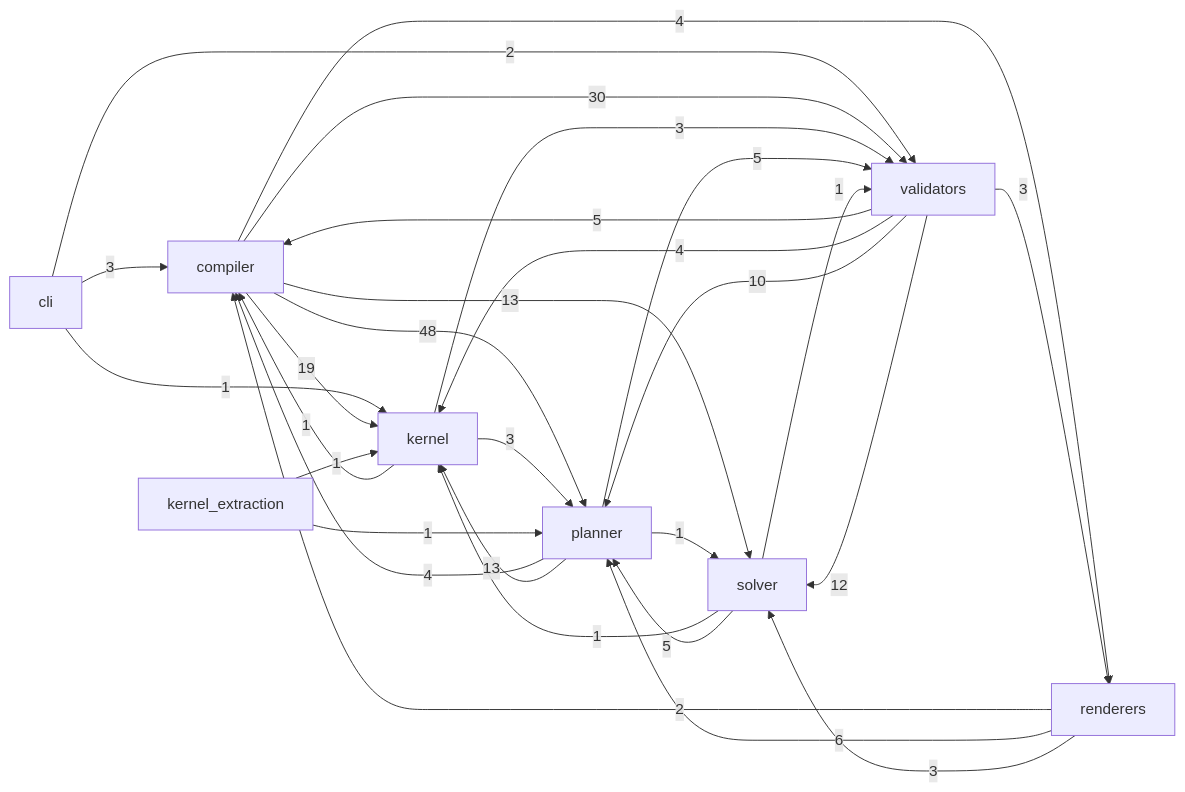
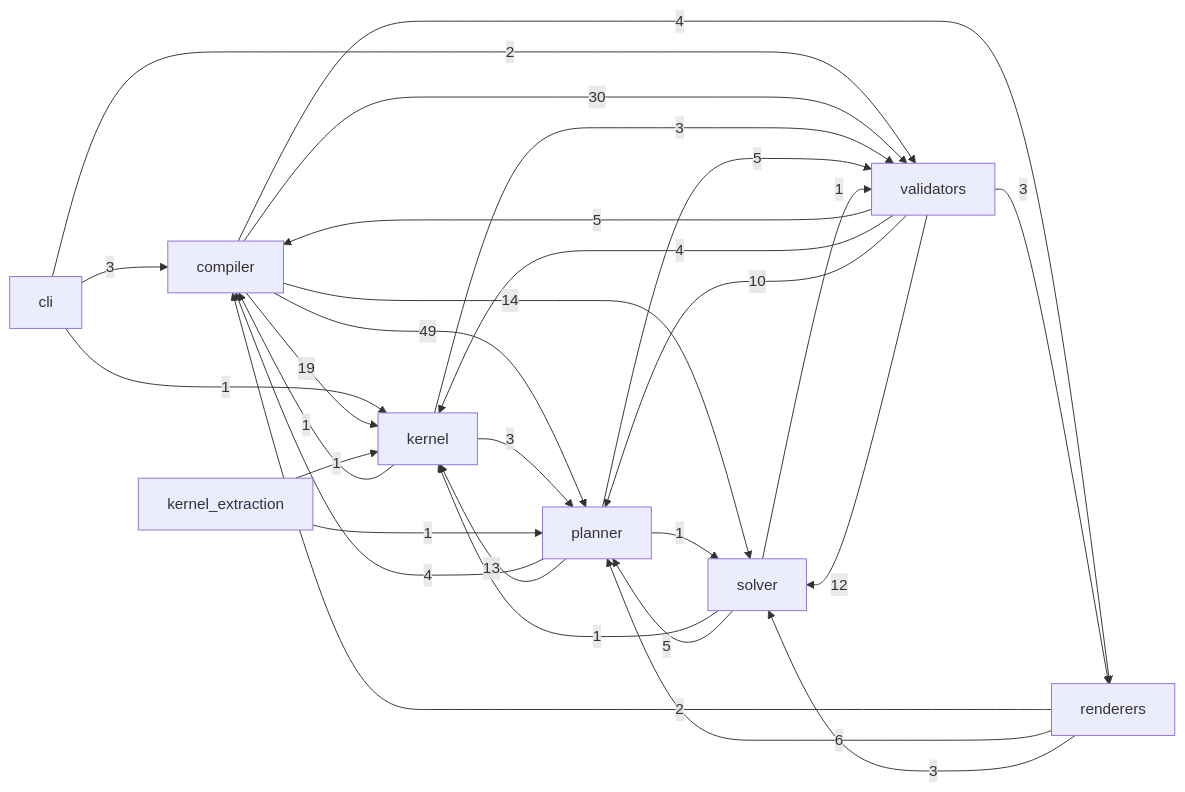
Before and after one commit to Kingsley-Cyber/cinematic-compiler-core: the diagram in docs/reference/code.md, drawn with Mermaid. The commit also changed other lines of this file and 33 other files, not shown here.

````diff
--- a/docs/reference/code.md
+++ b/docs/reference/code.md
@@ -15,31 +15,31 @@
 ```mermaid
 flowchart LR
   cli -->|3| compiler
   cli -->|1| kernel
   cli -->|2| validators
   compiler -->|19| kernel
-  compiler -->|48| planner
+  compiler -->|49| planner
   compiler -->|4| renderers
-  compiler -->|13| solver
+  compiler -->|14| solver
   compiler -->|30| validators
   kernel -->|1| compiler
   kernel -->|3| planner
   kernel -->|3| validators
   kernel_extraction -->|1| kernel
   kernel_extraction -->|1| planner
   planner -->|4| compiler
   planner -->|13| kernel
   planner -->|1| solver
   planner -->|5| validators
   renderers -->|2| compiler
   renderers -->|6| planner
   renderers -->|3| solver
   solver -->|1| kernel
   solver -->|5| planner
   solver -->|1| validators
   validators -->|5| compiler
   validators -->|4| kernel
   validators -->|10| planner
   validators -->|3| renderers
   validators -->|12| solver
 ```
````
